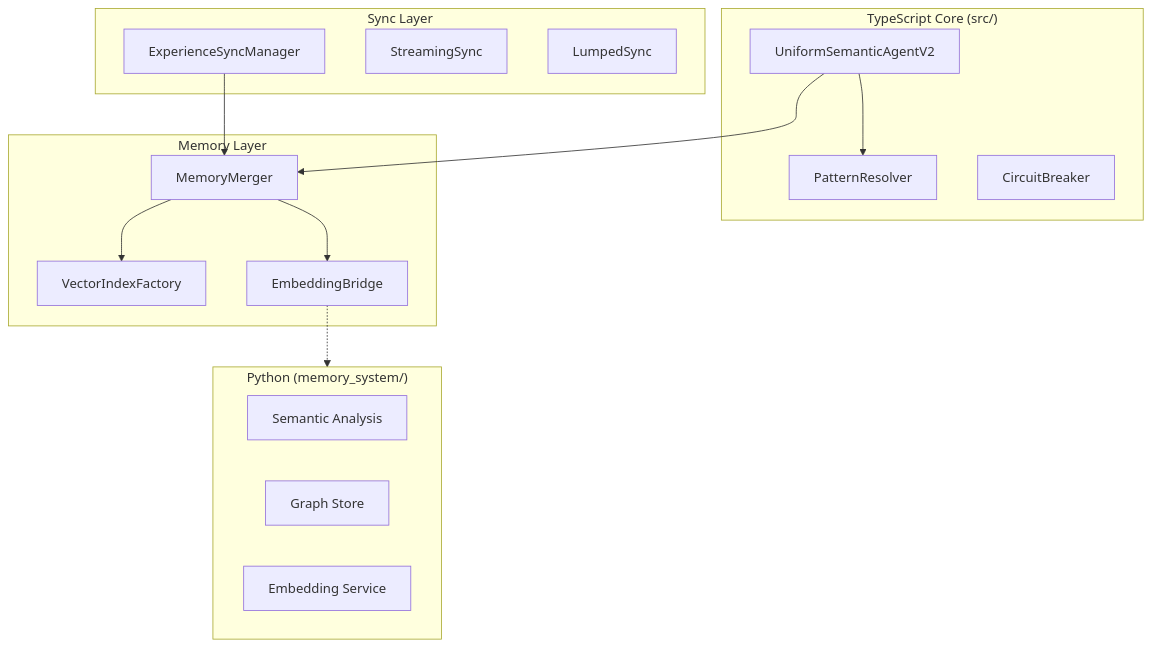
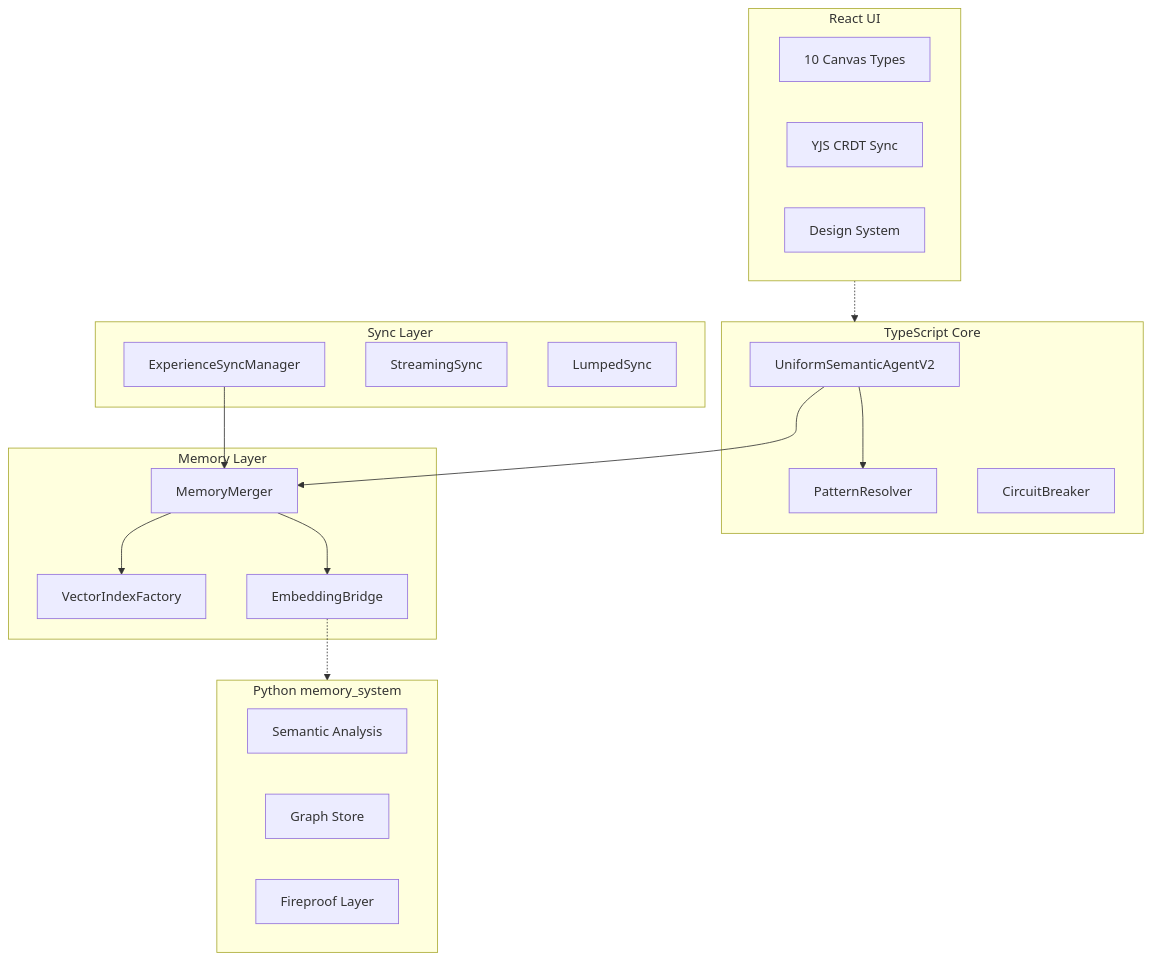
Before and after one commit to Replicant-Partners/Chrysalis: the diagram in docs/STATUS.md, drawn with Mermaid. The commit also changed other lines of this file and 398 other files, not shown here.

````diff
--- a/docs/STATUS.md
+++ b/docs/STATUS.md
@@ -70,34 +114,40 @@
 ```mermaid
 flowchart TB
-    subgraph Core["TypeScript Core (src/)"]
+    subgraph Core[TypeScript Core]
         USA[UniformSemanticAgentV2]
         PR[PatternResolver]
         CB[CircuitBreaker]
     end
 
-    subgraph Memory["Memory Layer"]
+    subgraph Memory[Memory Layer]
         MM[MemoryMerger]
         VIF[VectorIndexFactory]
         EB[EmbeddingBridge]
     end
 
-    subgraph Sync["Sync Layer"]
+    subgraph Sync[Sync Layer]
         ESM[ExperienceSyncManager]
         SS[StreamingSync]
         LS[LumpedSync]
     end
 
-    subgraph Python["Python (memory_system/)"]
+    subgraph Python[Python memory_system]
         SEM[Semantic Analysis]
         GR[Graph Store]
-        EMB[Embedding Service]
+        FP[Fireproof Layer]
+    end
+
+    subgraph UI[React UI]
+        CVS[10 Canvas Types]
+        YJS[YJS CRDT Sync]
+        DS[Design System]
     end
 
     USA --> PR
     USA --> MM
     MM --> VIF
     MM --> EB
     ESM --> MM
-    
     EB -.-> Python
+    UI -.-> Core
 ```
````
